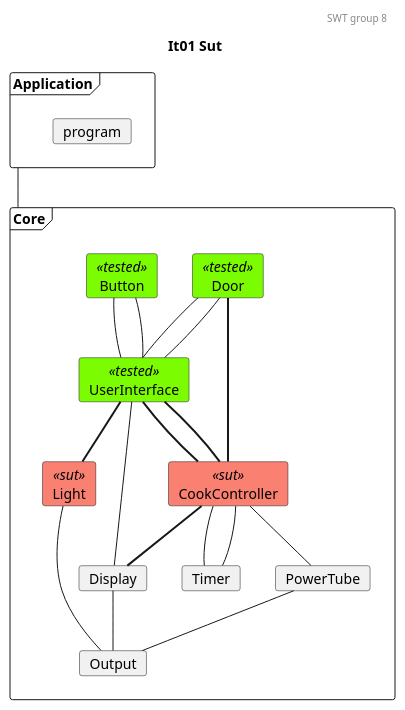
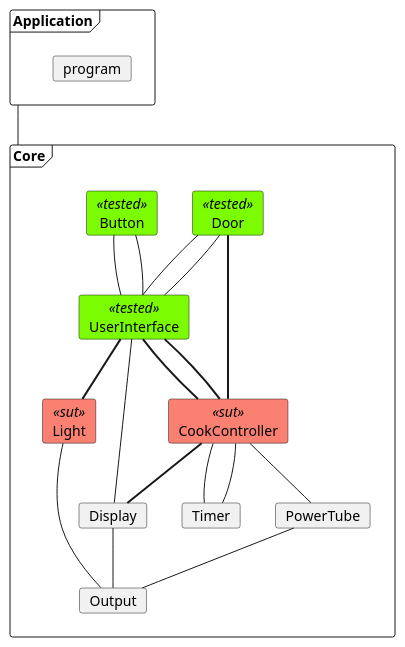
One commit to mikkel-ol/I4SWT-MicrowaveOven changed the diagram in docs/SysTestTree2.plantuml. Above: the diagram before and after it, drawn with PlantUML. The commit also changed 3 other files, not shown here.

Commit message:
Add UI Door tests + Remove title and Header from UML

```diff
--- a/docs/SysTestTree2.plantuml
+++ b/docs/SysTestTree2.plantuml
@@ -1,78 +1,75 @@
-@startuml
+@startuml IT02-Sut
 
 'Testing colors:
 skinparam card{
     backgroundColor<<tested>> lawngreen
     backgroundColor<<sut>> salmon
     backgroundColor<<test>> salmon
     backgroundColor<<fake>> gold
 }
-
-header SWT group 8
-title It01 Sut
 
 frame Application{
     card program
 }
 
 frame Core{
 '0.
     card Door<<tested>>
     card Button<<tested>>
 
 '1.
     card UserInterface<<tested>>
 
 '2.
     card CookController<<sut>>
     card Light<<sut>>
 
 '3.
     card Timer
     card PowerTube
     card Display
 
 '4 
     card Output
 
 
 }
 Application -- Core
 
 'Relations projects
 ' 0. to 1.
 Door -- UserInterface
 Door -- UserInterface
 
 Button -- UserInterface
 Button -- UserInterface
 
 
 'Relations CookController:
 '1.
 UserInterface -[thickness=2]- CookController
 UserInterface -[thickness=2]- CookController
 
 '1. to 3.
 Door -[thickness=2]- CookController
 
 
 CookController -- PowerTube
 
 '1. to 2.
 UserInterface -- Display
 UserInterface -[thickness=2]- Light
 CookController -[thickness=2]- Display
 
 CookController -- Timer
 CookController -- Timer 
 
 
 ' Relations 2. to 3.
 Light -- Output
 Display -- Output
 PowerTube -- Output
 
 
 
 @enduml
```
